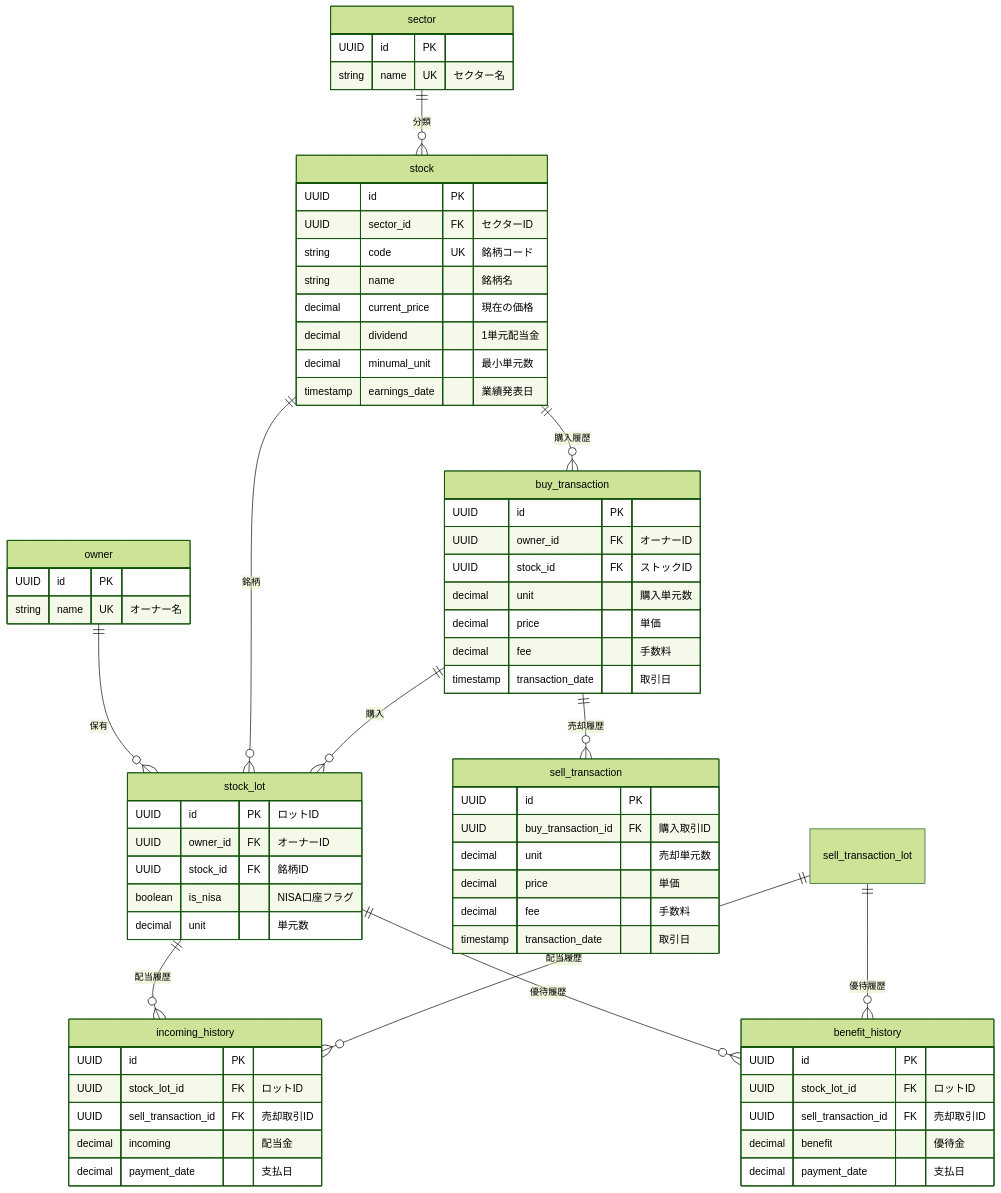
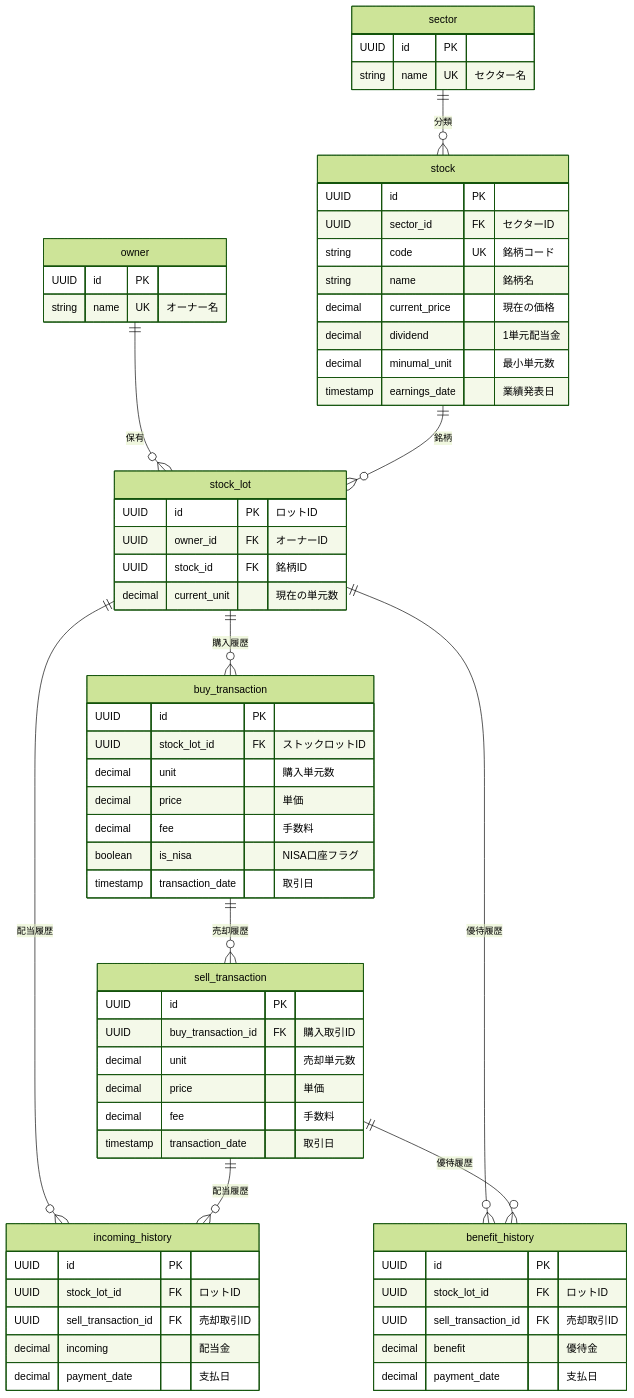
Before and after one commit to ijikeman/StockManager: the diagram in ER.md, drawn with Mermaid (forest theme). The commit also changed 3 other files, not shown here.

````diff
--- a/ER.md
+++ b/ER.md
@@ -15,76 +15,74 @@
 ```mermaid
 erDiagram
     stock {
         UUID id PK
         UUID sector_id FK "セクターID"
         string code UK "銘柄コード"
         string name "銘柄名"
         decimal current_price "現在の価格"
         decimal dividend "1単元配当金"
         decimal minumal_unit "最小単元数"
         timestamp earnings_date "業績発表日"
     }
     
     stock_lot {
         UUID id PK "ロットID"
         UUID owner_id FK "オーナーID"
         UUID stock_id FK "銘柄ID" 
-        boolean is_nisa "NISA口座フラグ"
-        decimal unit "単元数"
+        decimal current_unit "現在の単元数"
     }
     
     buy_transaction {
         UUID id PK
-        UUID owner_id FK "オーナーID"
-        UUID stock_id FK "ストックID"
+        UUID stock_lot_id FK "ストックロットID"
         decimal unit "購入単元数"
         decimal price "単価"
         decimal fee "手数料"
+        boolean is_nisa "NISA口座フラグ"
         timestamp transaction_date "取引日"
     }
 
     sell_transaction {
         UUID id PK
         UUID buy_transaction_id FK "購入取引ID"
         decimal unit "売却単元数"
         decimal price "単価"
         decimal fee "手数料"
         timestamp transaction_date "取引日"
     }
 
     incoming_history {
         UUID id PK
         UUID stock_lot_id FK "ロットID"
         UUID sell_transaction_id FK "売却取引ID"
         decimal incoming "配当金"
         decimal payment_date "支払日"
     }
 
     benefit_history {
         UUID id PK
         UUID stock_lot_id FK "ロットID"
         UUID sell_transaction_id FK "売却取引ID"
         decimal benefit "優待金"
         decimal payment_date "支払日"
     }
 
     owner {
         UUID id PK
         string name UK "オーナー名"
     }
 
     sector {
         UUID id PK
         string name UK "セクター名"
     }
     owner ||--o{ stock_lot : "保有"
-    stock ||--o{ stock_lot : "銘柄"
-    stock ||--o{ buy_transaction : "購入履歴"
+stock ||--o{ stock_lot : "銘柄"
+    stock_lot ||--o{ buy_transaction : "購入履歴"
     stock_lot ||--o{ incoming_history : "配当履歴"
+    sell_transaction ||--o{ incoming_history : "配当履歴"
+    stock_lot ||--o{ benefit_history : "優待履歴"
+    sell_transaction ||--o{ benefit_history : "優待履歴"
     buy_transaction ||--o{ sell_transaction : "売却履歴"
-    sell_transaction_lot ||--o{ incoming_history : "配当履歴"
-    stock_lot ||--o{ benefit_history : "優待履歴"
-    sell_transaction_lot ||--o{ benefit_history : "優待履歴"
     sector ||--o{ stock : "分類"
-    buy_transaction ||--o{ stock_lot : "購入"
 ```
````
